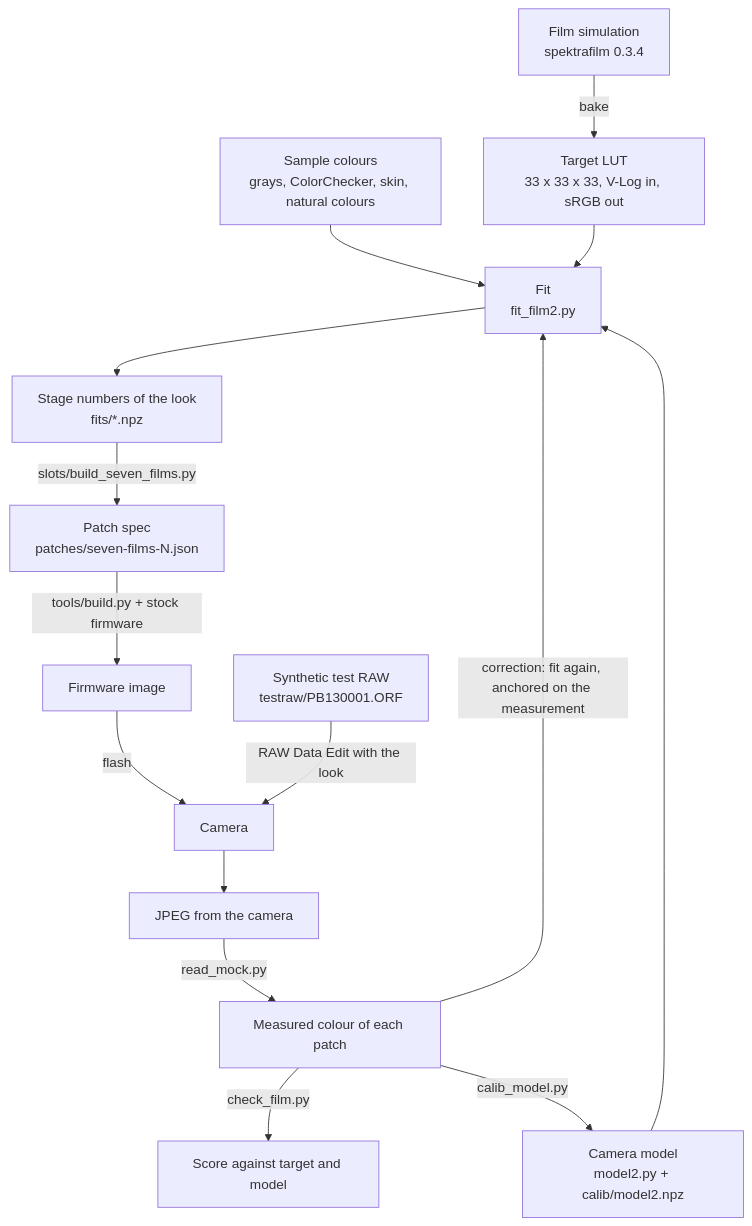
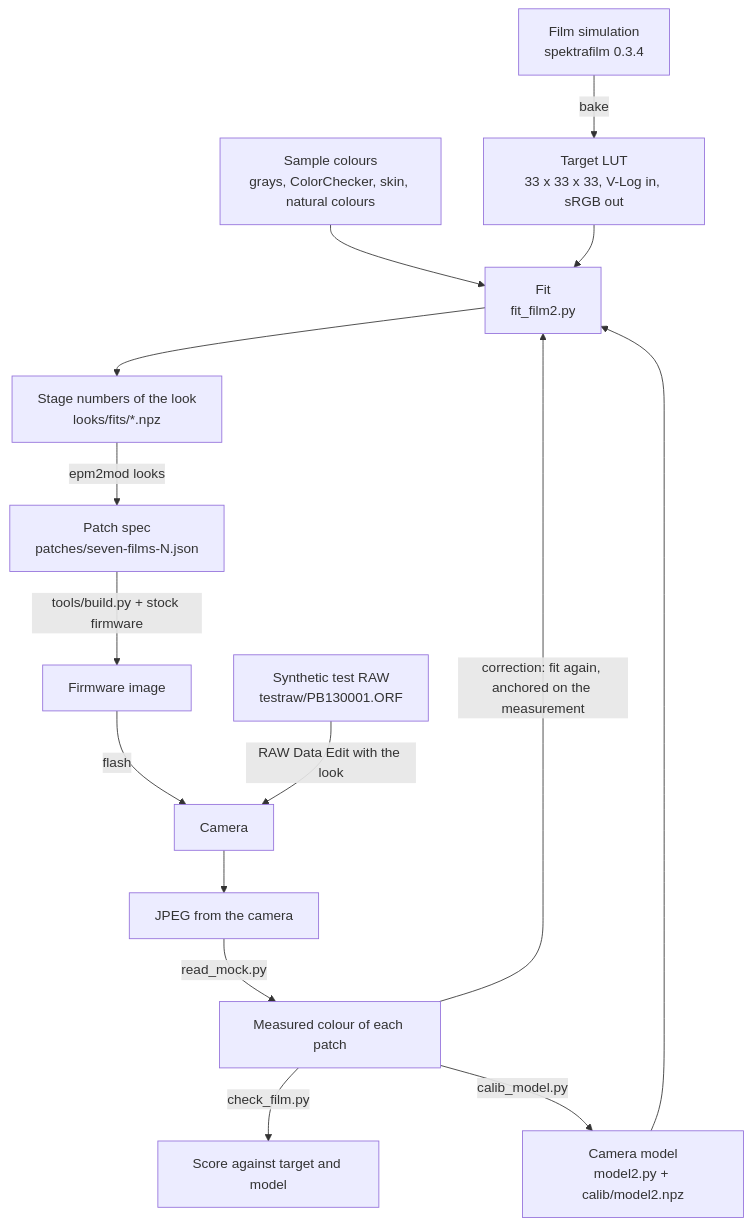
Before and after one commit to cfu288/EPM2Mod: the first of 2 diagrams in experiments/2026-11-09-film-portra/README.md, drawn with Mermaid. The commit also changed other lines of this file and 45 other files, not shown here.

First line of the commit message:
refactor: epm2mod package for the firmware build pipeline

````diff
--- a/experiments/2026-11-09-film-portra/README.md
+++ b/experiments/2026-11-09-film-portra/README.md
@@ -29,17 +29,17 @@
 ```mermaid
 flowchart TD
     A[Film simulation<br/>spektrafilm 0.3.4] -->|bake| B[Target LUT<br/>33 x 33 x 33, V-Log in, sRGB out]
     S[Sample colours<br/>grays, ColorChecker, skin, natural colours] --> F
     B --> F[Fit<br/>fit_film2.py]
     M[Camera model<br/>model2.py + calib/model2.npz] --> F
-    F --> P[Stage numbers of the look<br/>fits/*.npz]
-    P -->|slots/build_seven_films.py| J[Patch spec<br/>patches/seven-films-N.json]
+    F --> P[Stage numbers of the look<br/>looks/fits/*.npz]
+    P -->|epm2mod looks| J[Patch spec<br/>patches/seven-films-N.json]
     J -->|tools/build.py + stock firmware| BIN[Firmware image]
     BIN -->|flash| CAM[Camera]
     T[Synthetic test RAW<br/>testraw/PB130001.ORF] -->|RAW Data Edit with the look| CAM
     CAM --> JPG[JPEG from the camera]
     JPG -->|read_mock.py| R[Measured colour of each patch]
     R -->|check_film.py| SC[Score against target and model]
     R -->|correction: fit again, anchored on the measurement| F
     R -->|calib_model.py| M
 ```
````
